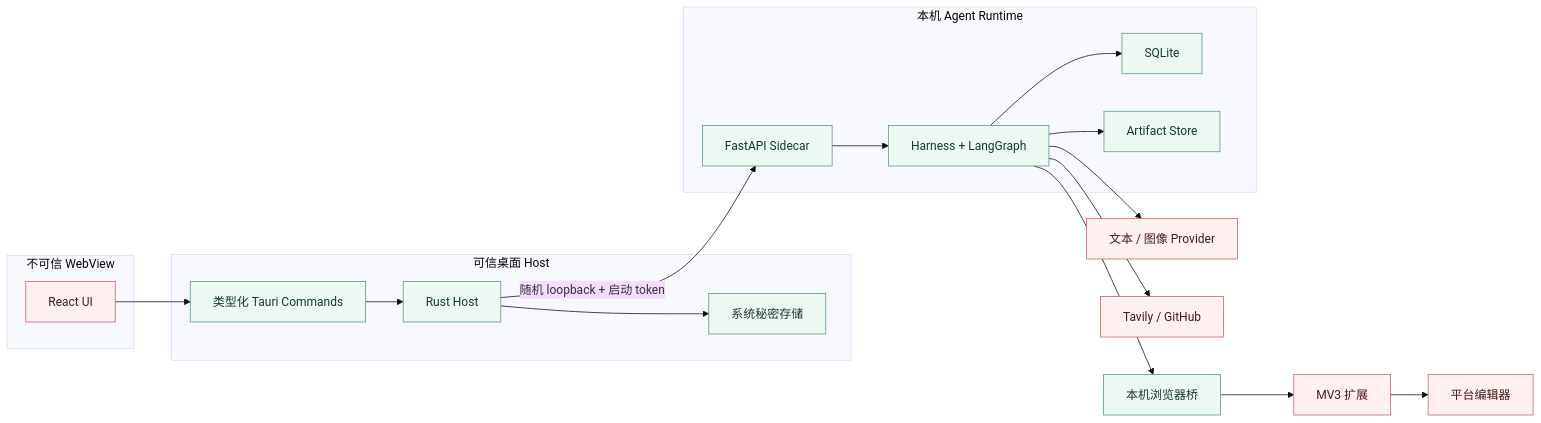
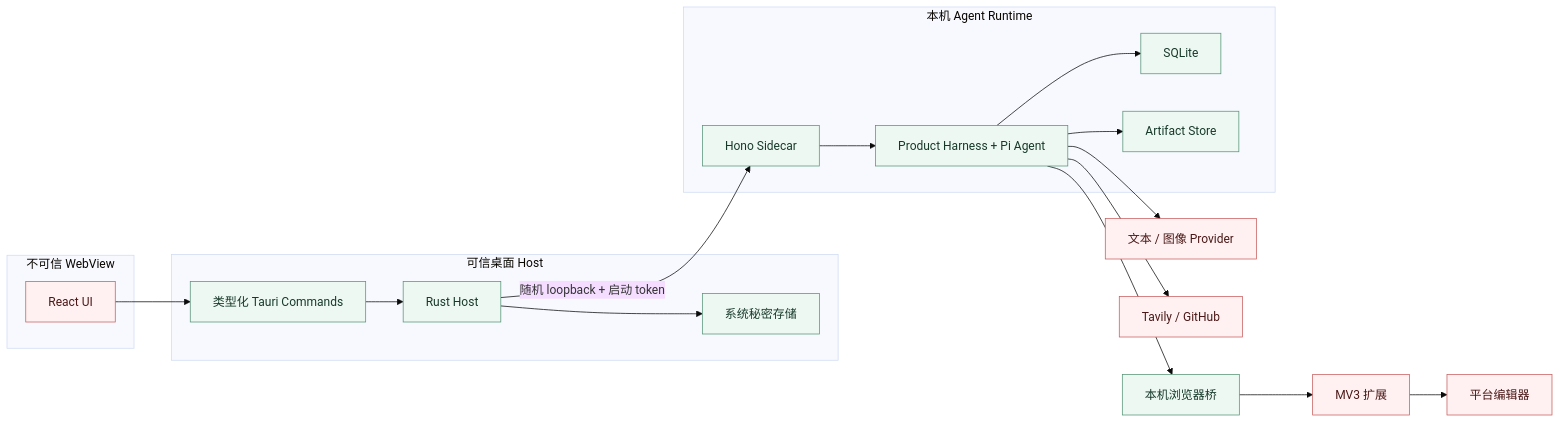
The fifth of 7 diagrams in docs/product/project-baseline.md (tllovesxs/open-publisher), drawn with Mermaid (base theme) before and after one commit. The commit also changed other lines of this file and 232 other files, not shown here.

Commit message:
feat: migrate agent runtime to pi

````diff
--- a/docs/product/project-baseline.md
+++ b/docs/product/project-baseline.md
@@ -1167,42 +1166,42 @@
 ```mermaid
 flowchart LR
     accTitle: 稿流进程和信任边界
-    accDescr: React 只能通过白名单 Tauri 命令访问 Rust；Rust 用随机本机端口和启动令牌监管 Python，Python 再访问模型、搜索、数据存储和受控发布桥。
+    accDescr: React 只能通过白名单 Tauri 命令访问 Rust；Rust 用随机本机端口和启动令牌监管 TypeScript Sidecar，Runtime 再访问模型、搜索、数据存储和受控发布桥。
 
     subgraph webview_boundary["不可信 WebView"]
         react_ui["React UI"]
     end
 
     subgraph host_boundary["可信桌面 Host"]
         tauri_ipc["类型化 Tauri Commands"]
         rust_host["Rust Host"]
         secret_store["系统秘密存储"]
     end
 
     subgraph runtime_boundary["本机 Agent Runtime"]
-        fastapi["FastAPI Sidecar"]
-        harness["Harness + LangGraph"]
+        fastapi["Hono Sidecar"]
+        harness["Product Harness + Pi Agent"]
         database["SQLite"]
         artifact_store["Artifact Store"]
     end
 
     react_ui --> tauri_ipc
     tauri_ipc --> rust_host
     rust_host --> secret_store
     rust_host -->|"随机 loopback + 启动 token"| fastapi
     fastapi --> harness
     harness --> database
     harness --> artifact_store
     harness --> model_api["文本 / 图像 Provider"]
     harness --> search_api["Tavily / GitHub"]
     harness --> browser_bridge["本机浏览器桥"]
     browser_bridge --> extension["MV3 扩展"]
     extension --> platform_editor["平台编辑器"]
 
     classDef untrusted fill:#fff1f1,stroke:#c85d5d,color:#4b1717
     classDef trusted fill:#edf8f2,stroke:#579477,color:#17392a
     classDef external fill:#f4f4f6,stroke:#80838d,color:#26272c
 
     class react_ui,model_api,search_api,extension,platform_editor untrusted
     class tauri_ipc,rust_host,secret_store,fastapi,harness,database,artifact_store,browser_bridge trusted
 ```
````
